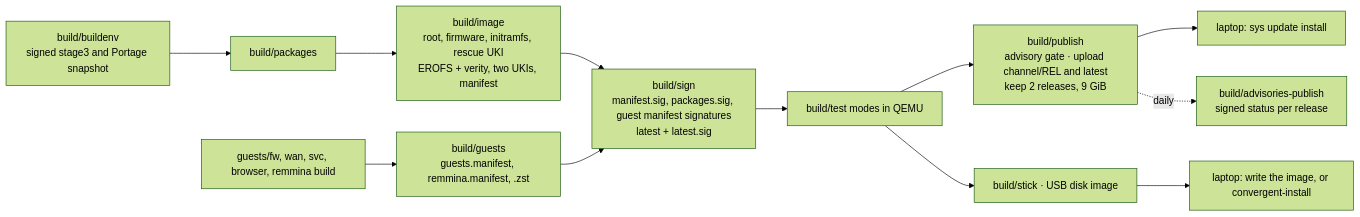
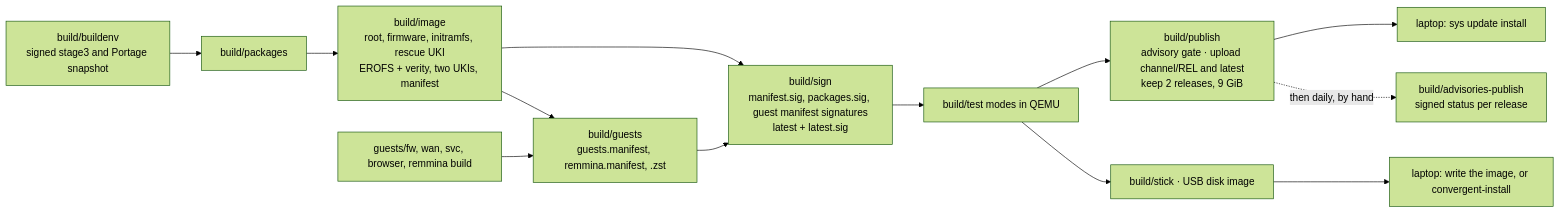
The diagram in BUILD.md (svkadmin/convergent), drawn with Mermaid (forest theme) before and after one commit. The commit also changed other lines of this file and 6 other files, not shown here.

````diff
--- a/BUILD.md
+++ b/BUILD.md
@@ -8,21 +8,22 @@
 ```mermaid
 flowchart LR
   E["build/buildenv<br/>signed stage3 and Portage snapshot"]
   P["build/packages"]
   I["build/image<br/>root, firmware, initramfs, rescue UKI<br/>EROFS + verity, two UKIs, manifest"]
   G["guests/fw, wan, svc, browser, remmina build"]
   GM["build/guests<br/>guests.manifest, remmina.manifest, .zst"]
   S["build/sign<br/>manifest.sig, packages.sig, guest manifest signatures<br/>latest + latest.sig"]
   T["build/test modes in QEMU"]
   PU["build/publish<br/>advisory gate · upload channel/REL and latest<br/>keep 2 releases, 9 GiB"]
   ST["build/stick · USB disk image"]
   L["laptop: sys update install"]
   N["laptop: write the image, or convergent-install"]
   A["build/advisories-publish<br/>signed status per release"]
   E --> P --> I --> S
   G --> GM --> S
+  I --> GM
   S --> T
   T --> PU --> L
   T --> ST --> N
-  PU -. daily .-> A
+  PU -.->|"then daily, by hand"| A
 ```
````
